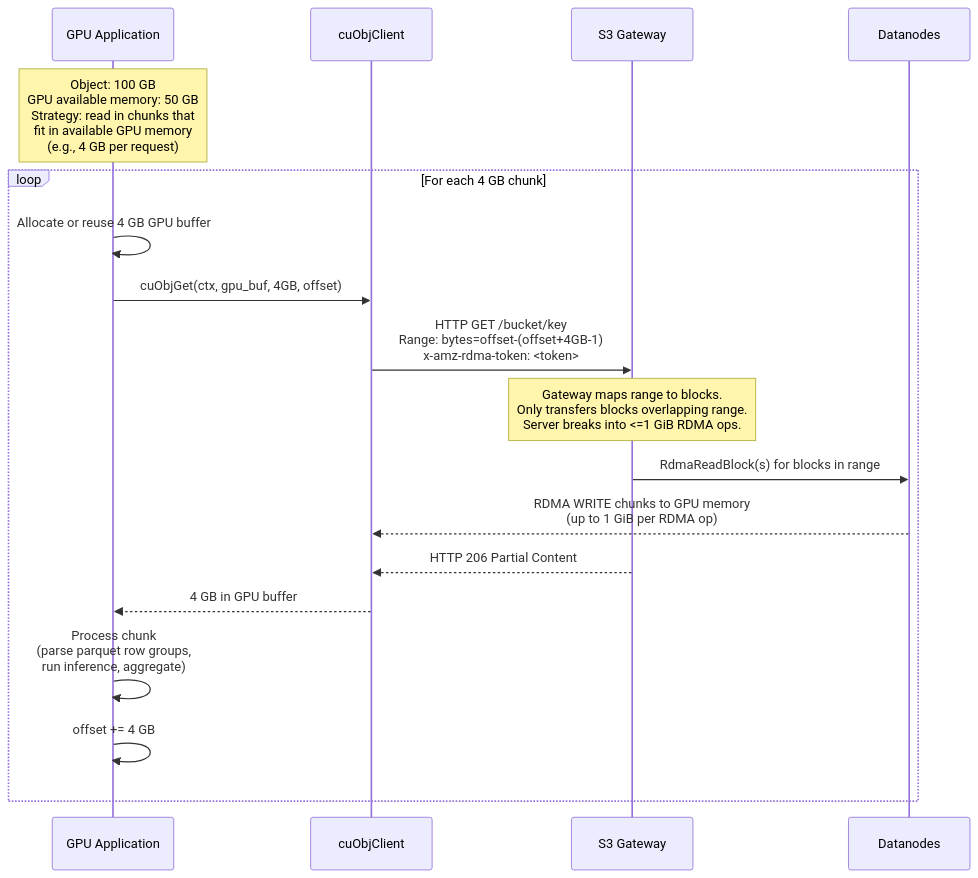
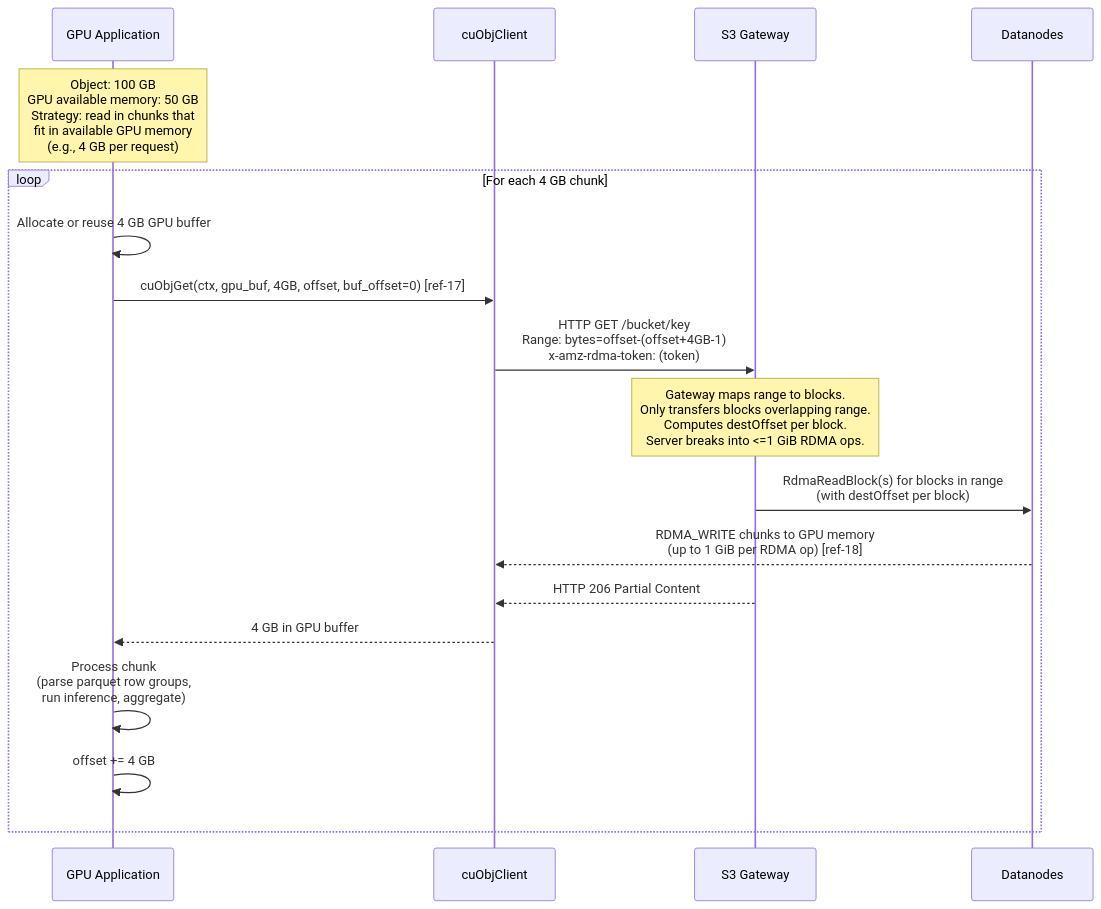
Before and after one commit to ptlrs/ozone: the tenth of 17 diagrams in docs/gds-dn-direct-rdma-implementation-spec.md, drawn with Mermaid. The commit also changed other lines of this file, not shown here.

Commit message:
GPUDIRECT. Update GPUDirect Storage spec to version 3.0 with phased S3 GET RDMA integration details

````diff
--- a/docs/gds-dn-direct-rdma-implementation-spec.md
+++ b/docs/gds-dn-direct-rdma-implementation-spec.md
@@ -654,21 +692,22 @@
 ```mermaid
 sequenceDiagram
   participant App as GPU Application
   participant cuObj as cuObjClient
   participant GW as S3 Gateway
   participant DN as Datanodes
+
   Note over App: Object: 100 GB<br/>GPU available memory: 50 GB<br/>Strategy: read in chunks that<br/>fit in available GPU memory<br/>(e.g., 4 GB per request)
 
   loop For each 4 GB chunk
     App ->> App: Allocate or reuse 4 GB GPU buffer
-    App ->> cuObj: cuObjGet(ctx, gpu_buf, 4GB, offset)
-    cuObj ->> GW: HTTP GET /bucket/key<br/>Range: bytes=offset-(offset+4GB-1)<br/>x-amz-rdma-token: <token>
-    Note over GW: Gateway maps range to blocks.<br/>Only transfers blocks overlapping range.<br/>Server breaks into <=1 GiB RDMA ops.
-    GW ->> DN: RdmaReadBlock(s) for blocks in range
-    DN -->> cuObj: RDMA WRITE chunks to GPU memory<br/>(up to 1 GiB per RDMA op)
+    App ->> cuObj: cuObjGet(ctx, gpu_buf, 4GB, offset, buf_offset=0) [ref-17]
+    cuObj ->> GW: HTTP GET /bucket/key<br/>Range: bytes=offset-(offset+4GB-1)<br/>x-amz-rdma-token: (token)
+    Note over GW: Gateway maps range to blocks.<br/>Only transfers blocks overlapping range.<br/>Computes destOffset per block.<br/>Server breaks into <=1 GiB RDMA ops.
+    GW ->> DN: RdmaReadBlock(s) for blocks in range<br/>(with destOffset per block)
+    DN -->> cuObj: RDMA_WRITE chunks to GPU memory<br/>(up to 1 GiB per RDMA op) [ref-18]
     GW -->> cuObj: HTTP 206 Partial Content
     cuObj -->> App: 4 GB in GPU buffer
     App ->> App: Process chunk<br/>(parse parquet row groups,<br/>run inference, aggregate)
     App ->> App: offset += 4 GB
   end
 ```
````
